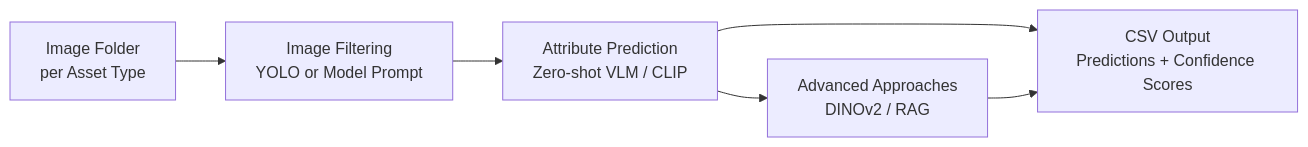
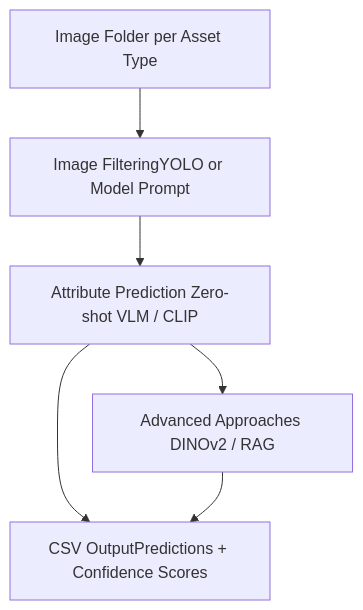
Before and after one commit to sgauth01/parks-asset-img-class: the diagram in reports/Image_analysis_of_park_infrastructure_report.qmd, drawn with Mermaid. The commit also changed other lines of this file and 6 other files, not shown here.

````diff
--- a/reports/Image_analysis_of_park_infrastructure_report.qmd
+++ b/reports/Image_analysis_of_park_infrastructure_report.qmd
@@ -256,12 +256,11 @@
 ```{mermaid}
-
 %%| label: fig-pipeline
 %%| fig-cap: "High-level overview of the proposed attribute prediction pipeline"
 
-flowchart LR
-    A[Image Folder\nper Asset Type] --> B[Image Filtering\nYOLO or Model Prompt]
-    B --> C[Attribute Prediction\nZero-shot VLM / CLIP]
-    C --> D[CSV Output\nPredictions + Confidence Scores]
-    C --> E[Advanced Approaches\nDINOv2 / RAG]
+flowchart TD
+    A["Image Folder per Asset Type"] --> B["Image FilteringYOLO or Model Prompt"]
+    B --> C["Attribute Prediction Zero-shot VLM / CLIP"]
+    C --> D["CSV OutputPredictions + Confidence Scores"]
+    C --> E["Advanced Approaches DINOv2 / RAG"]
     E --> D
 ```
````
